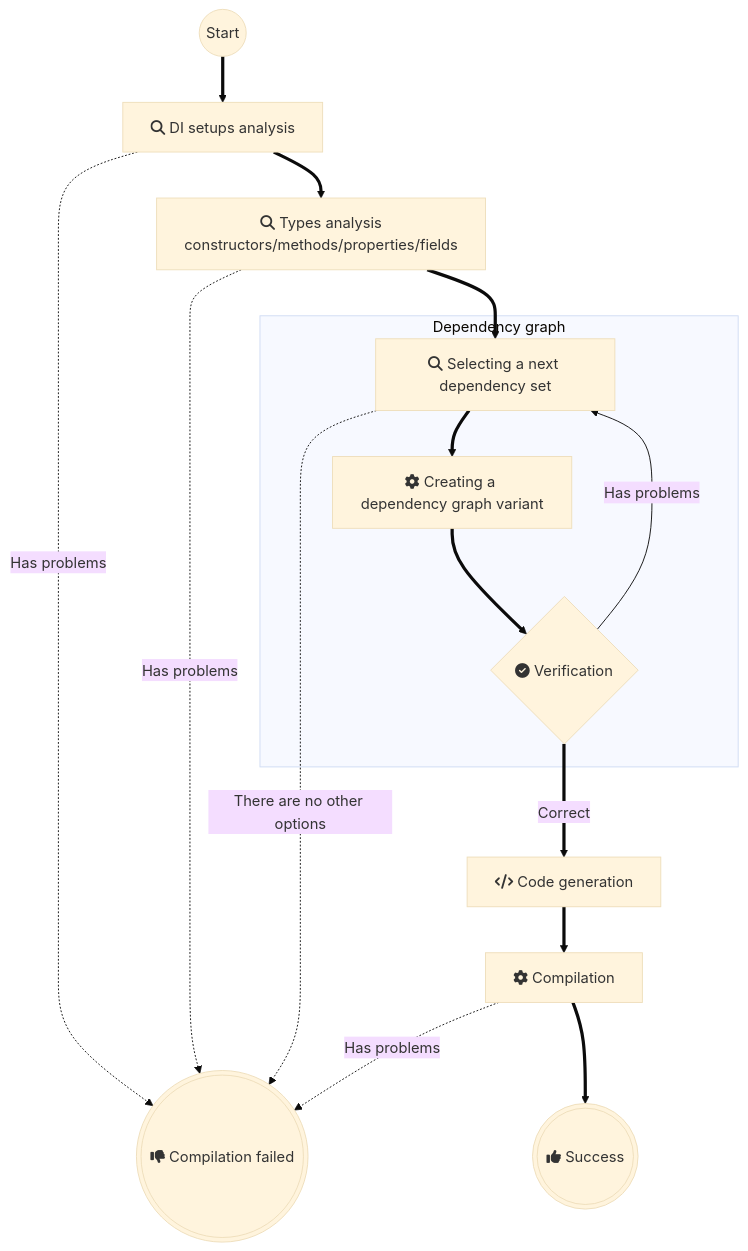
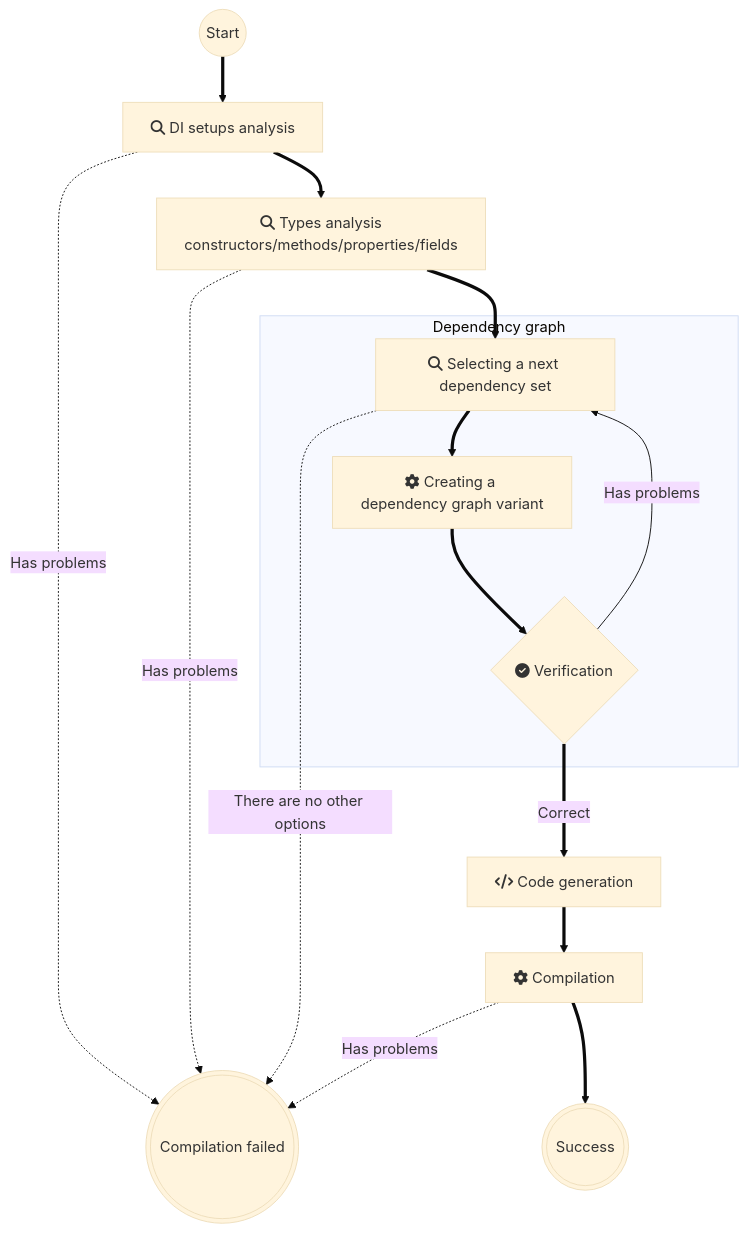
One commit to MaiKuraki/Pure.DI changed the second of 2 diagrams in README.md. Above: the diagram before and after it, drawn with Mermaid (base theme). The commit also changed other lines of this file and 103 other files, not shown here.

````diff
--- a/README.md
+++ b/README.md
@@ -7970,30 +7970,30 @@
 ```mermaid
 flowchart TD
-    start@{ shape: circle, label: "Start" }
+    start@{ shape: circle, label: Start }
     setups[fa:fa-search DI setups analysis]
     types["`fa:fa-search Types analysis
     constructors/methods/properties/fields`"] 
     subgraph dep[Dependency graph]
     option[fa:fa-search Selecting a next dependency set]
     creating[fa:fa-cog Creating a dependency graph variant]
     verification{fa:fa-check-circle Verification}
     end
     codeGeneration[fa:fa-code Code generation]
     compilation[fa:fa-cog Compilation]
-    failed@{ shape: dbl-circ, label: "fa:fa-thumbs-down Compilation failed" }
-    success@{ shape: dbl-circ, label: "fa:fa-thumbs-up Success" }
+    failed@{ shape: dbl-circ, label: Compilation failed }
+    success@{ shape: dbl-circ, label: Success }
 
     start ==> setups
     setups -.->|Has problems| failed
     setups ==> types
     types -.-> |Has problems| failed
     types ==> option
     option ==> creating
     option -.-> |There are no other options| failed
     creating ==> verification
     verification -->|Has problems| option
     verification ==>|Correct| codeGeneration
     codeGeneration ==> compilation
     compilation -.-> |Has problems| failed
     compilation ==> success
 ```
````
